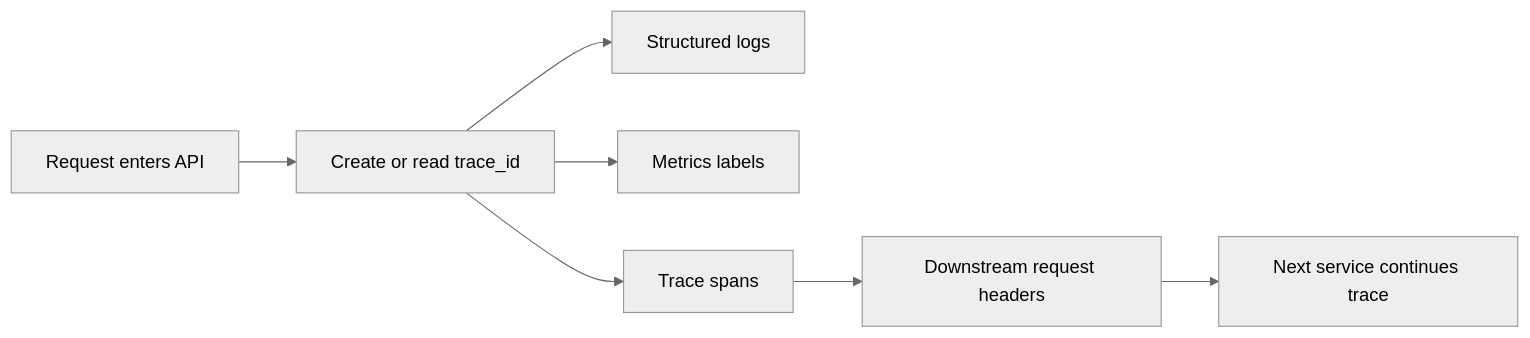
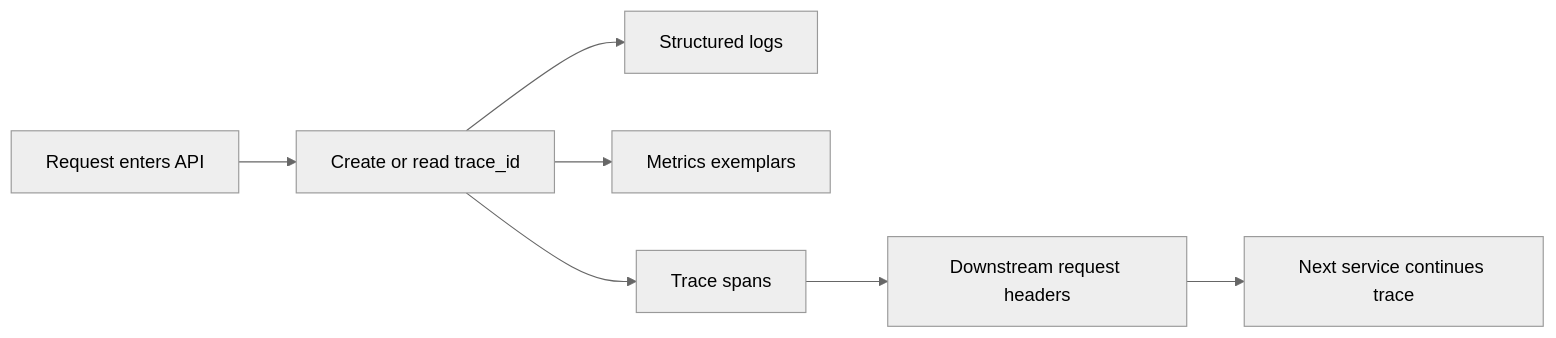
Before and after one commit to AmazingCaddy/readings-backend: the first of 4 diagrams in docs/observability/logging-metrics-tracing.md, drawn with Mermaid (neutral theme). The commit also changed other lines of this file and 12 other files, not shown here.

````diff
--- a/docs/observability/logging-metrics-tracing.md
+++ b/docs/observability/logging-metrics-tracing.md
@@ -53,9 +53,9 @@
 ```mermaid
 flowchart LR
     A[Request enters API] --> B[Create or read trace_id]
     B --> C[Structured logs]
-    B --> D[Metrics labels]
+    B --> D[Metrics exemplars]
     B --> E[Trace spans]
     E --> F[Downstream request headers]
     F --> G[Next service continues trace]
 ```
````
